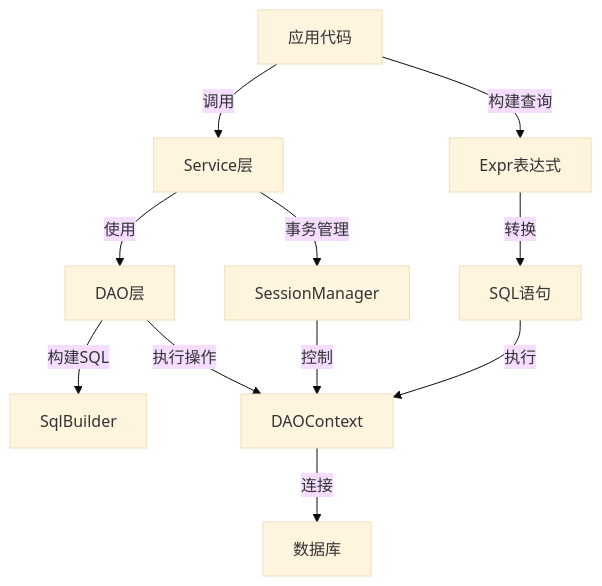
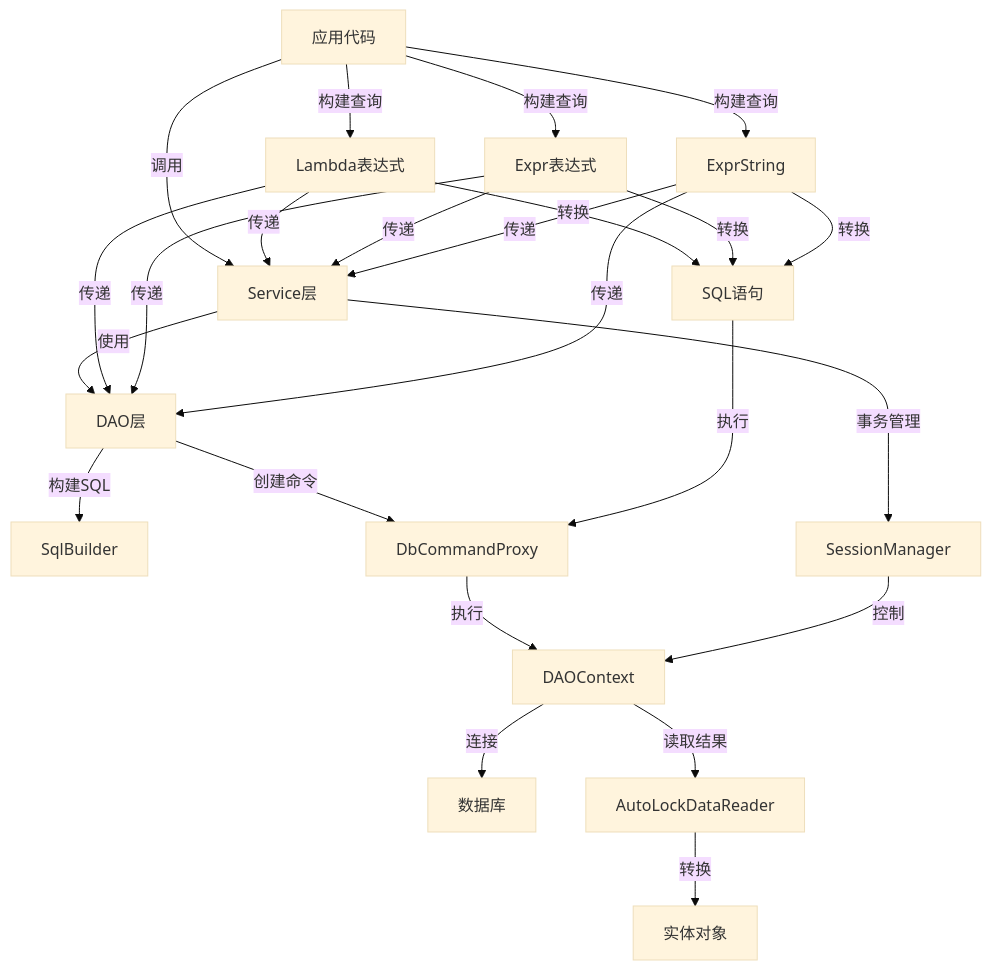
The diagram in CODE_WIKI.md (danjiewu/LiteOrm), drawn with Mermaid (base theme) before and after one commit. The commit also changed other lines of this file, not shown here.

````diff
--- a/CODE_WIKI.md
+++ b/CODE_WIKI.md
@@ -99,13 +99,26 @@
 ```mermaid
 flowchart TD
     A[应用代码] -->|调用| B[Service层]
     B -->|使用| C[DAO层]
     C -->|构建SQL| D[SqlBuilder]
-    C -->|执行操作| E[DAOContext]
+    C -->|创建命令| J[DbCommandProxy]
+    J -->|执行| E[DAOContext]
     E -->|连接| F[数据库]
-    A -->|构建查询| G[Expr表达式]
-    G -->|转换| H[SQL语句]
-    H -->|执行| E
+    E -->|读取结果| K[AutoLockDataReader]
+    K -->|转换| L[实体对象]
+    A -->|构建查询| G1[Lambda表达式]
+    A -->|构建查询| G2[Expr表达式]
+    A -->|构建查询| G3[ExprString]
+    G1 -->|转换| H[SQL语句]
+    G2 -->|转换| H
+    G3 -->|转换| H
+    G1 -->|传递| B
+    G2 -->|传递| B
+    G3 -->|传递| B
+    G1 -->|传递| C
+    G2 -->|传递| C
+    G3 -->|传递| C
+    H -->|执行| J
     B -->|事务管理| I[SessionManager]
     I -->|控制| E
 ```
````
